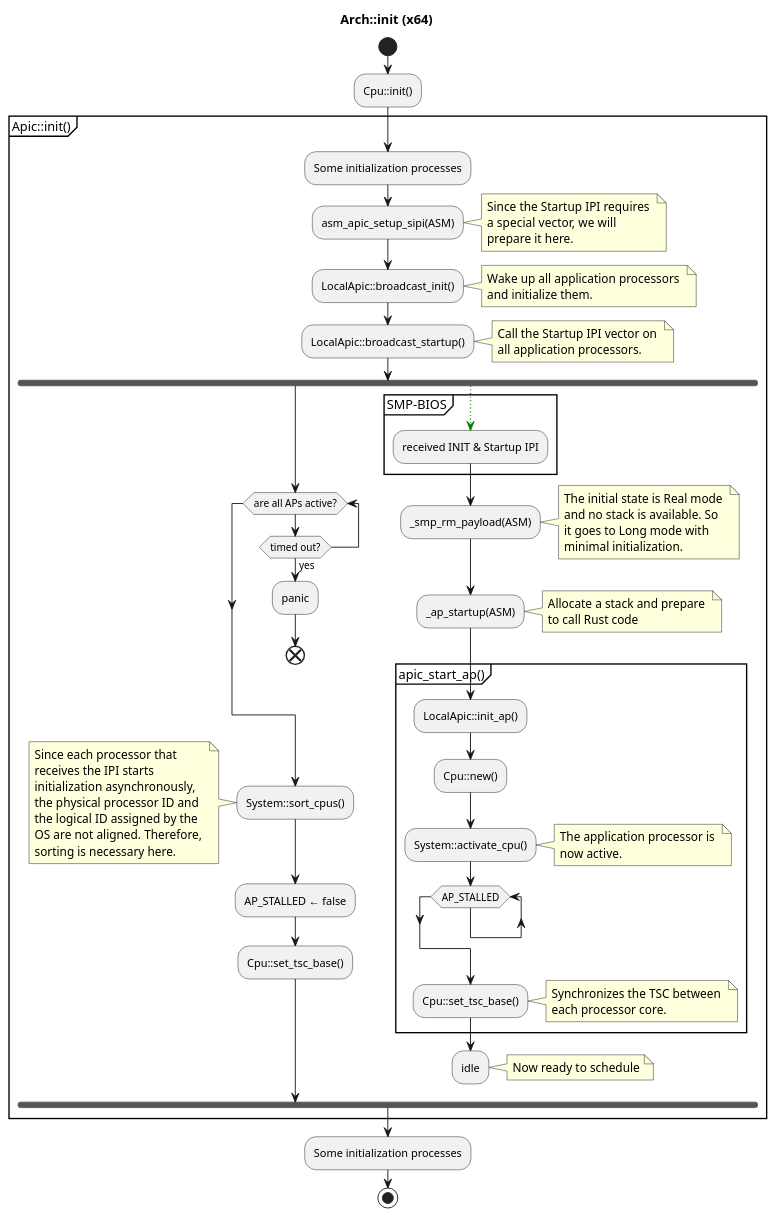
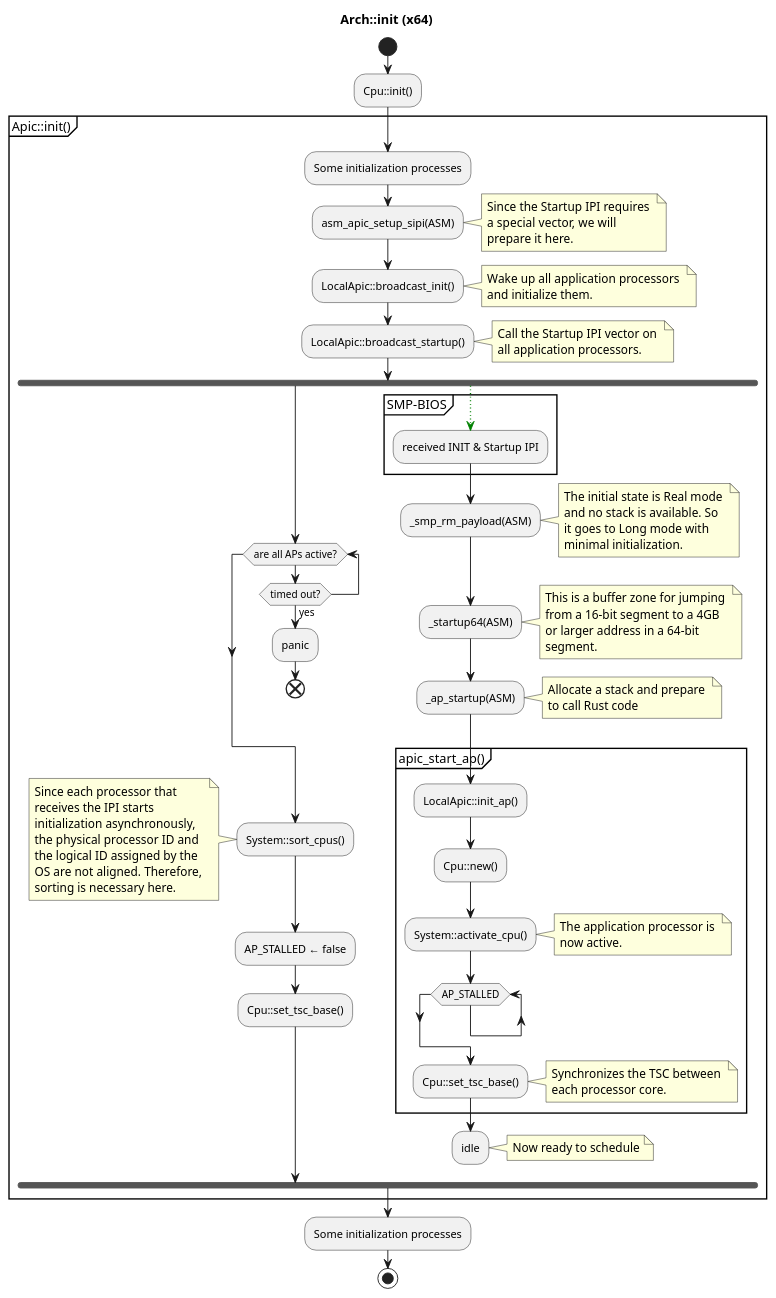
One commit to neri/maystorm changed the third of 3 diagrams in ARCHITECTURE.md. Above: the diagram before and after it, drawn with PlantUML. The commit also changed 1 other file, not shown here.

Commit message:
Cosmetic changes

```diff
--- a/ARCHITECTURE.md
+++ b/ARCHITECTURE.md
@@ -130,6 +130,13 @@
 it goes to Long mode with 
 minimal initialization.
         end note
+        :_startup64(ASM);
+        note right
+This is a buffer zone for jumping 
+from a 16-bit segment to a 4GB 
+or larger address in a 64-bit 
+segment.
+        end note
         :_ap_startup(ASM);
         note right
 Allocate a stack and prepare 
```
